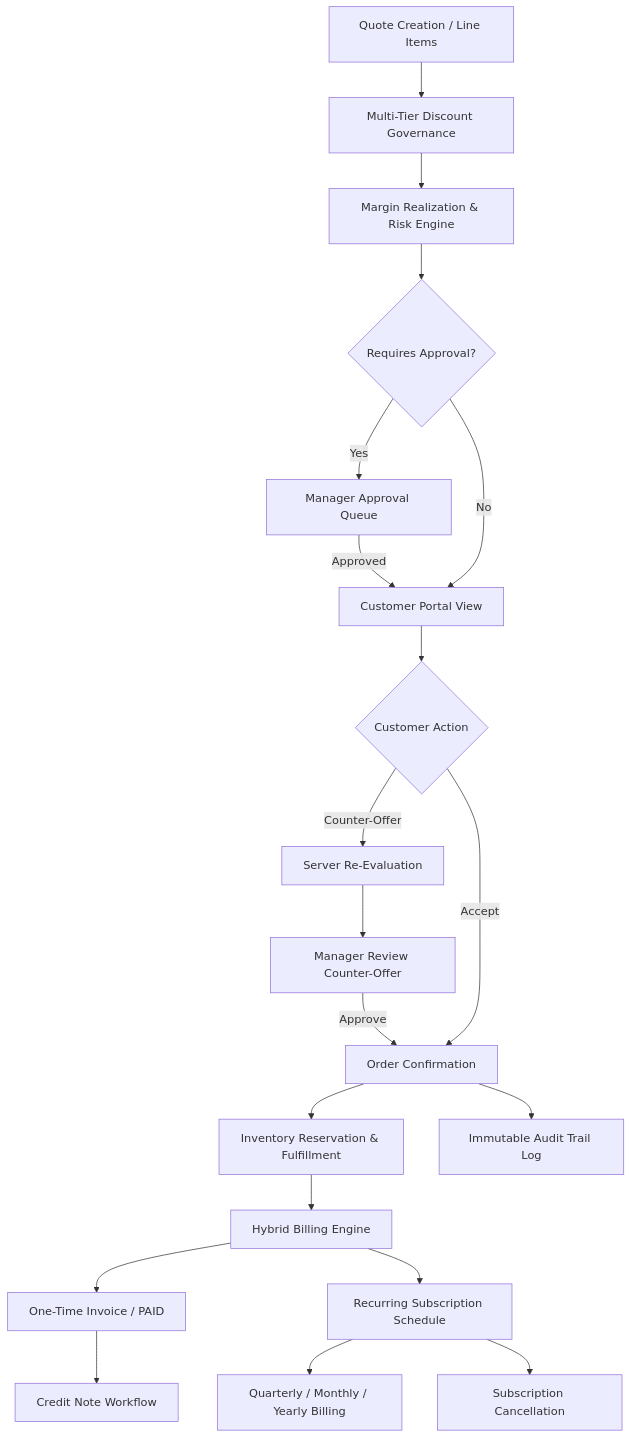
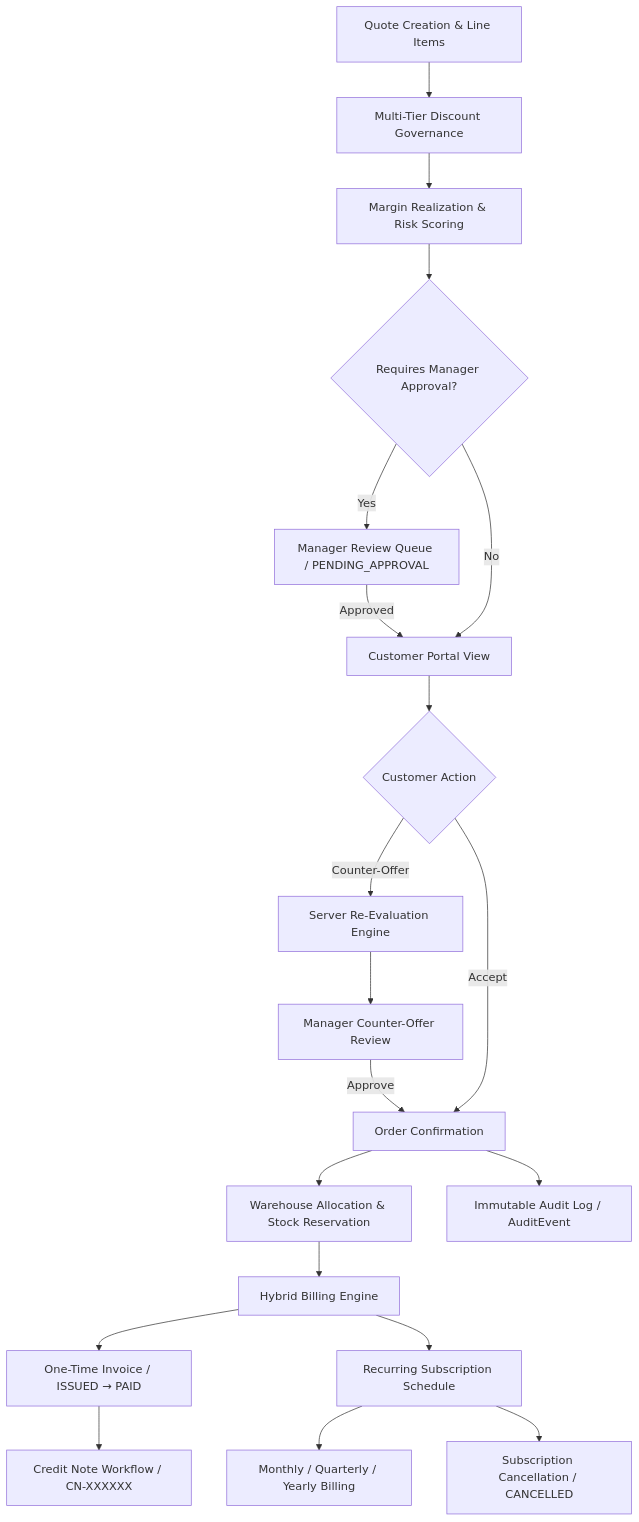
One commit to abdul05kh/DealFlow360 changed the first of 2 diagrams in README.md. Above: the diagram before and after it, drawn with Mermaid.

Commit message:
docs(readme): improve end-to-end lifecycle presentation

````diff
--- a/README.md
+++ b/README.md
@@ -87,22 +87,22 @@
 ```mermaid
 flowchart TD
-    A[Quote Creation / Line Items] --> B[Multi-Tier Discount Governance]
-    B --> C[Margin Realization & Risk Engine]
-    C --> D{Requires Approval?}
-    D -- Yes --> E[Manager Approval Queue]
+    A[Quote Creation & Line Items] --> B[Multi-Tier Discount Governance]
+    B --> C[Margin Realization & Risk Scoring]
+    C --> D{Requires Manager Approval?}
+    D -- Yes --> E[Manager Review Queue / PENDING_APPROVAL]
     E -- Approved --> F[Customer Portal View]
     D -- No --> F
     F --> G{Customer Action}
-    G -- Counter-Offer --> H[Server Re-Evaluation]
-    H --> I[Manager Review Counter-Offer]
+    G -- Counter-Offer --> H[Server Re-Evaluation Engine]
+    H --> I[Manager Counter-Offer Review]
     I -- Approve --> J[Order Confirmation]
     G -- Accept --> J
-    J --> K[Inventory Reservation & Fulfillment]
+    J --> K[Warehouse Allocation & Stock Reservation]
     K --> L[Hybrid Billing Engine]
-    L --> M[One-Time Invoice / PAID]
+    L --> M[One-Time Invoice / ISSUED → PAID]
     L --> N[Recurring Subscription Schedule]
-    N --> O[Quarterly / Monthly / Yearly Billing]
-    M --> P[Credit Note Workflow]
-    N --> Q[Subscription Cancellation]
-    J --> R[Immutable Audit Trail Log]
+    N --> O[Monthly / Quarterly / Yearly Billing]
+    M --> P[Credit Note Workflow / CN-XXXXXX]
+    N --> Q[Subscription Cancellation / CANCELLED]
+    J --> R[Immutable Audit Log / AuditEvent]
 ```
````
